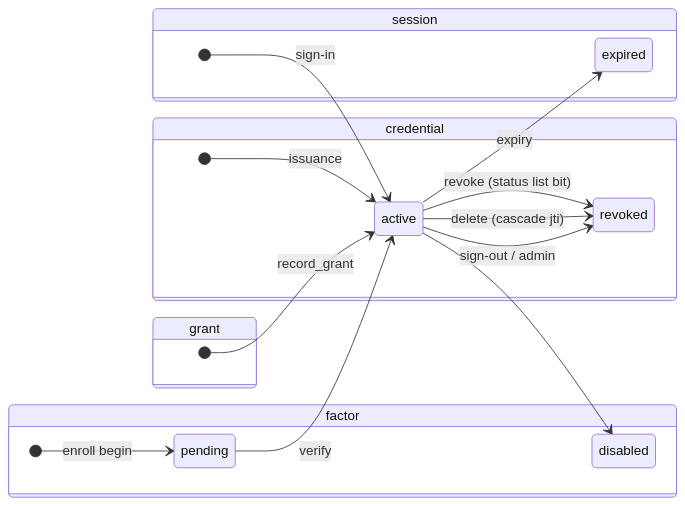
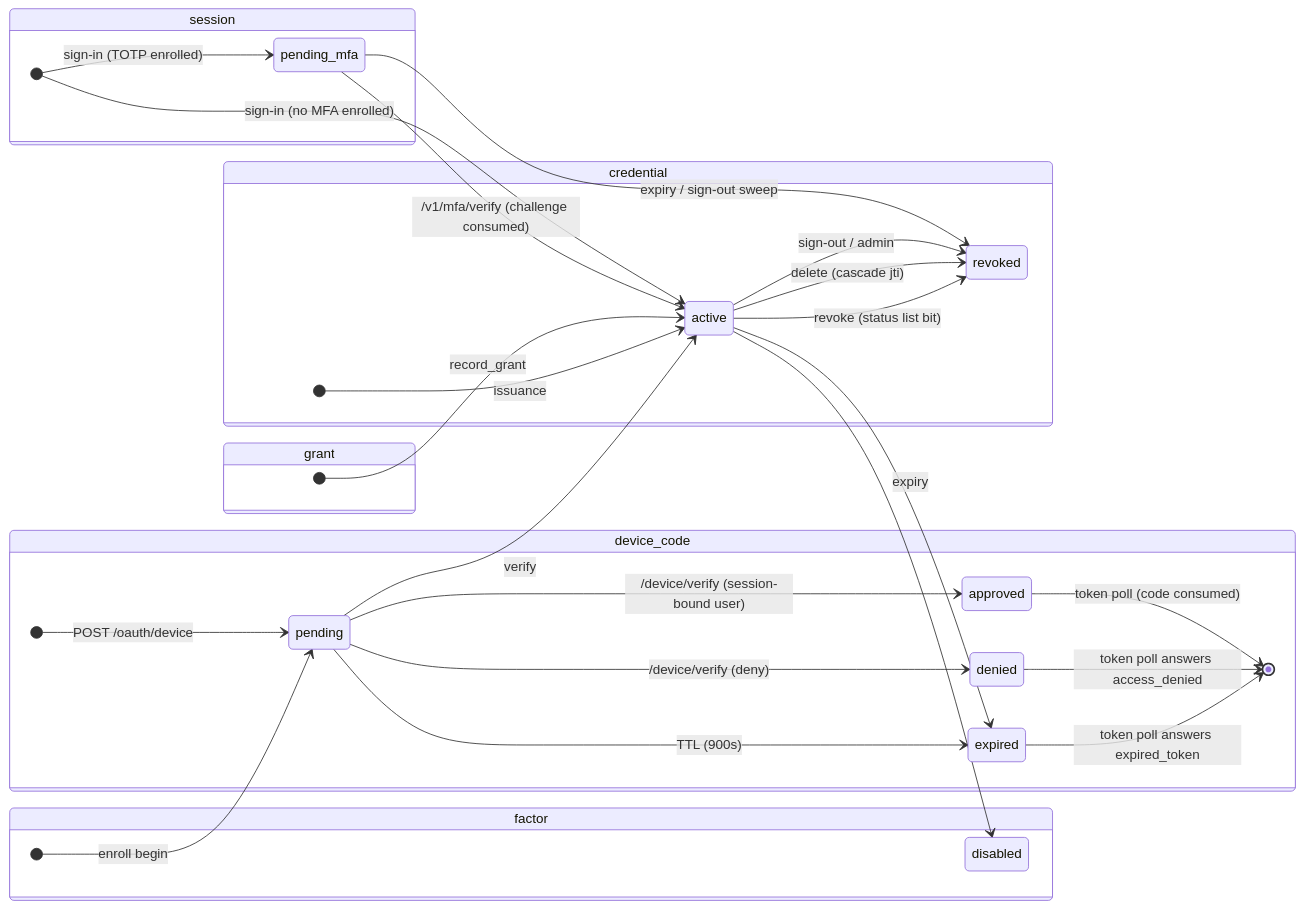
Before and after one commit to Sentin8/sentin8-site: the ninth of 25 diagrams in docs/services/auth/design.md, drawn with Mermaid. The commit also changed other lines of this file and 13 other files, not shown here.

````diff
--- a/docs/services/auth/design.md
+++ b/docs/services/auth/design.md
@@ -238,22 +358,34 @@
 ```mermaid
 stateDiagram-v2
     direction LR
     state session {
-        [*] --> active: sign-in
+        [*] --> active: sign-in (no MFA enrolled)
+        [*] --> pending_mfa: sign-in (TOTP enrolled)
+        pending_mfa --> active: /v1/mfa/verify (challenge consumed)
+        pending_mfa --> revoked: expiry / sign-out sweep
         active --> revoked : sign-out / admin
         active --> expired : expiry
     }
     state factor {
         [*] --> pending: enroll begin
         pending --> active: verify
         active --> disabled
+    }
+    state device_code {
+        [*] --> pending: POST /oauth/device
+        pending --> approved: /device/verify (session-bound user)
+        pending --> denied: /device/verify (deny)
+        pending --> expired: TTL (900s)
+        approved --> [*]: token poll (code consumed)
+        denied --> [*]: token poll answers access_denied
+        expired --> [*]: token poll answers expired_token
     }
     state grant {
         [*] --> active: record_grant
         active --> revoked: delete (cascade jti)
     }
     state credential {
         [*] --> active: issuance
         active --> revoked: revoke (status list bit)
     }
 ```
````
